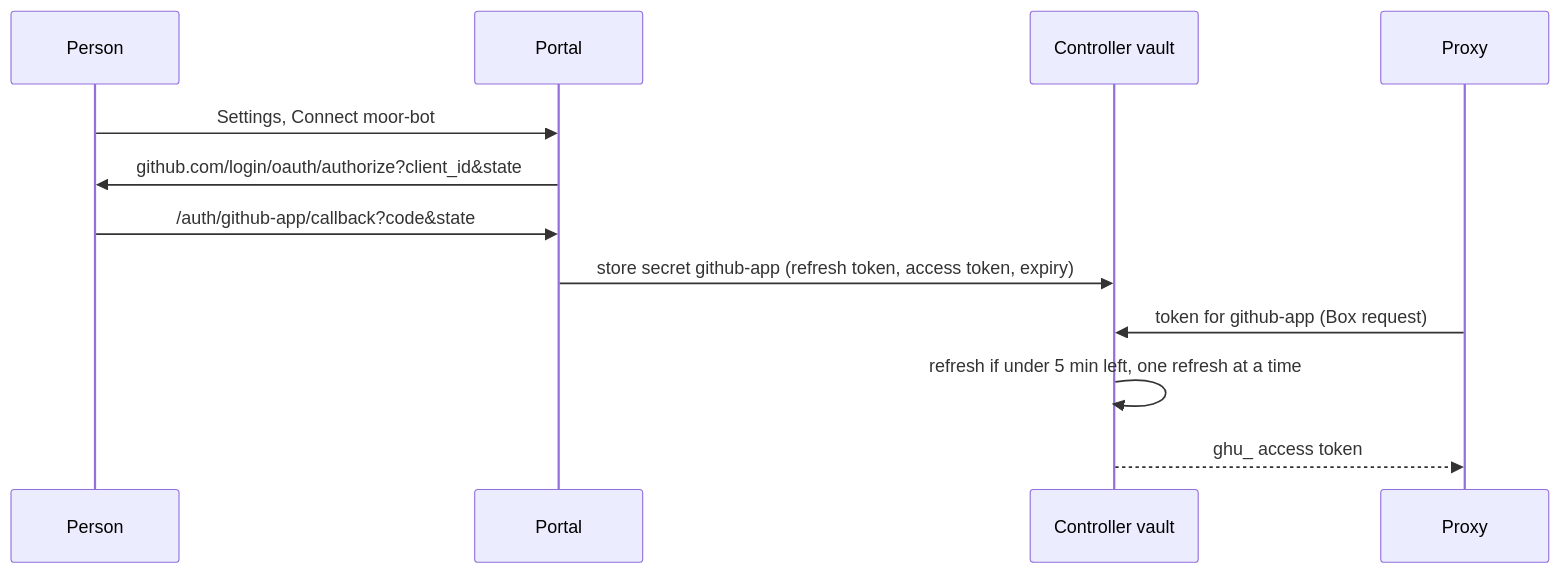
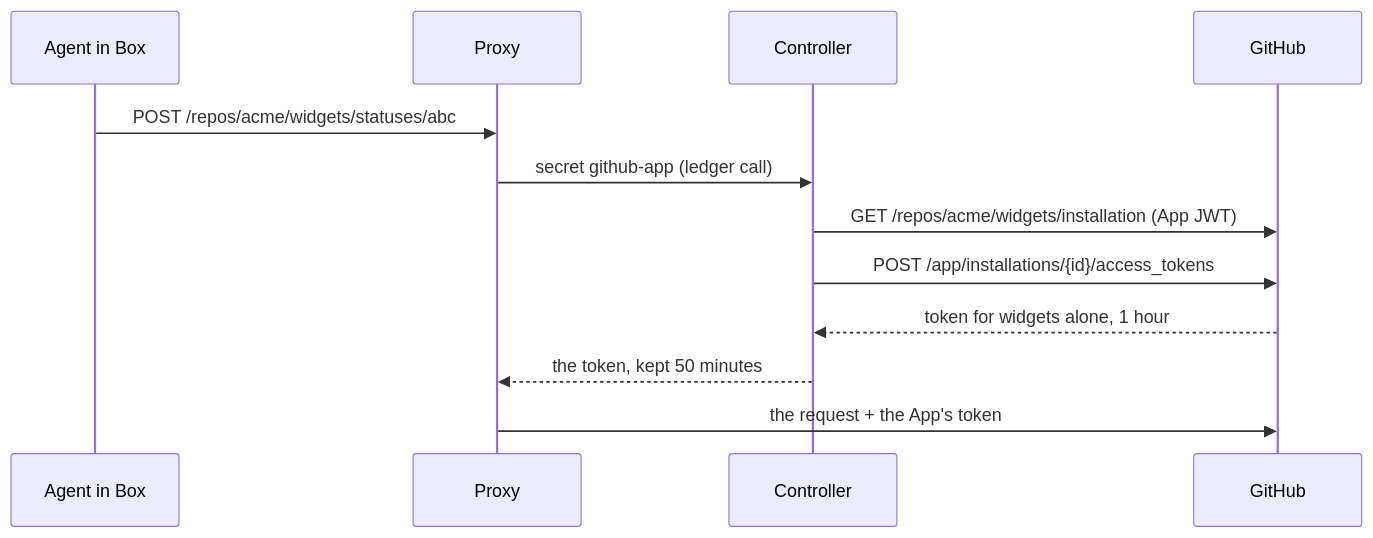
The second of 2 diagrams in docs/specs/work-outputs.md (IniZio/moor), drawn with Mermaid before and after one commit. The commit also changed other lines of this file and 22 other files, not shown here.

Commit message:
feat(proxy): post PR comments and statuses as the GitHub App (#1713)

````diff
--- a/docs/specs/work-outputs.md
+++ b/docs/specs/work-outputs.md
@@ -110,14 +106,14 @@
 ```mermaid
 sequenceDiagram
-  participant U as Person
-  participant W as Portal
-  participant C as Controller vault
+  participant A as Agent in Box
   participant P as Proxy
-  U->>W: Settings, Connect moor-bot
-  W->>U: github.com/login/oauth/authorize?client_id&state
-  U->>W: /auth/github-app/callback?code&state
-  W->>C: store secret github-app (refresh token, access token, expiry)
-  P->>C: token for github-app (Box request)
-  C->>C: refresh if under 5 min left, one refresh at a time
-  C-->>P: ghu_ access token
+  participant C as Controller
+  participant G as GitHub
+  A->>P: POST /repos/acme/widgets/statuses/abc
+  P->>C: secret github-app (ledger call)
+  C->>G: GET /repos/acme/widgets/installation (App JWT)
+  C->>G: POST /app/installations/{id}/access_tokens
+  G-->>C: token for widgets alone, 1 hour
+  C-->>P: the token, kept 50 minutes
+  P->>G: the request + the App's token
 ```
````
